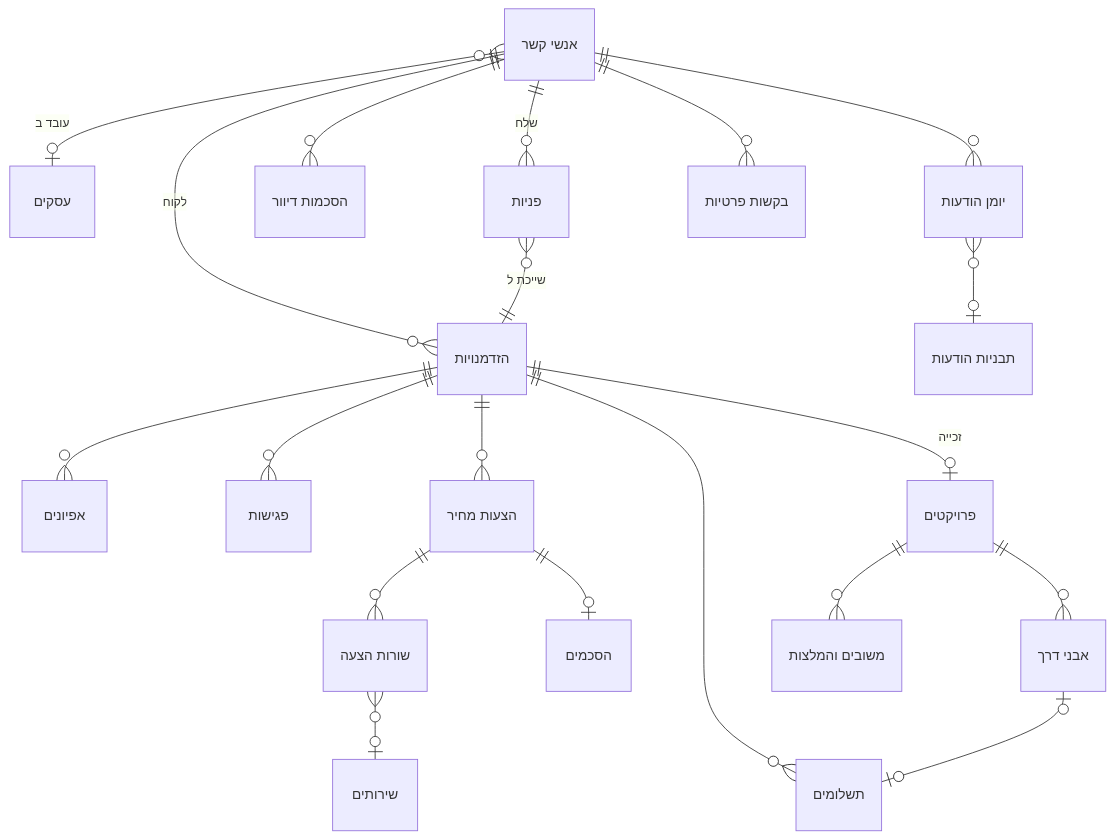
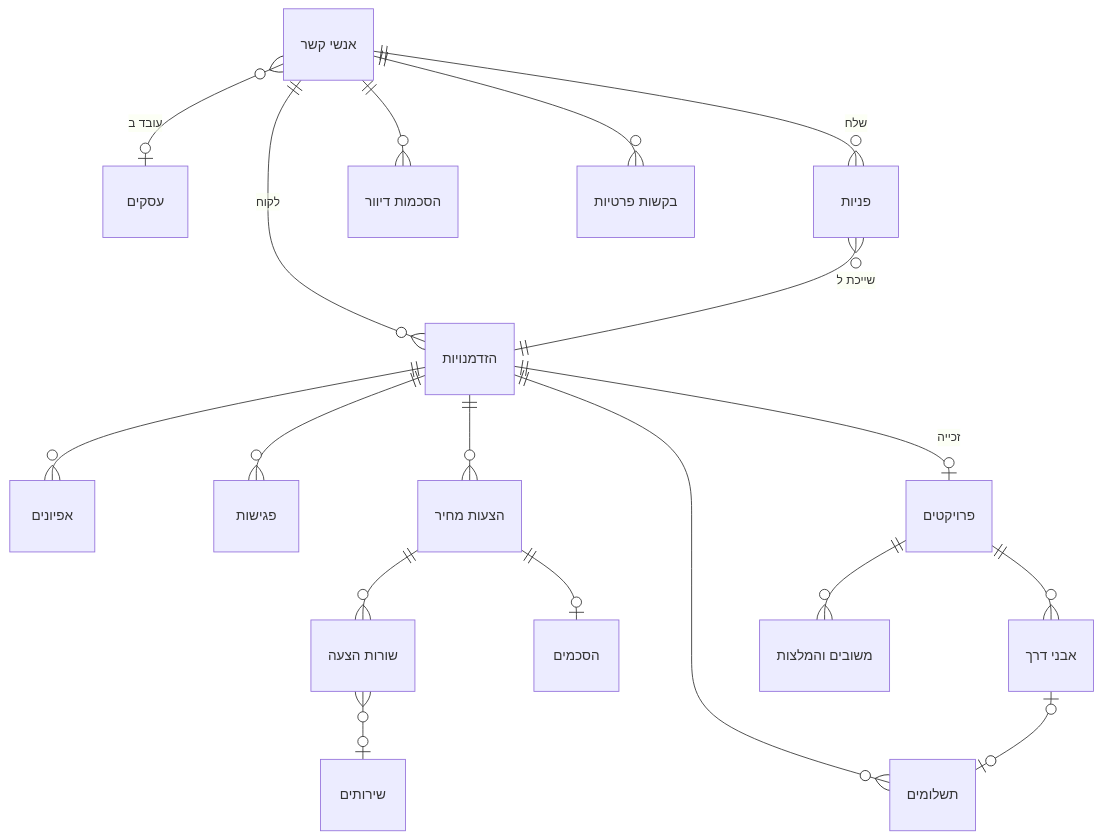
The second of 2 diagrams in docs/03-crm-plan.md (KfirKanizo/iDone-Website), drawn with Mermaid before and after one commit. The commit also changed other lines of this file, not shown here.

````diff
--- a/docs/03-crm-plan.md
+++ b/docs/03-crm-plan.md
@@ -224,22 +249,20 @@
 ```mermaid
 erDiagram
     "אנשי קשר" }o--o| "עסקים" : "עובד ב"
     "אנשי קשר" ||--o{ "פניות" : "שלח"
     "אנשי קשר" ||--o{ "הזדמנויות" : "לקוח"
     "פניות" }o--|| "הזדמנויות" : "שייכת ל"
     "הזדמנויות" ||--o{ "אפיונים" : ""
     "הזדמנויות" ||--o{ "פגישות" : ""
     "הזדמנויות" ||--o{ "הצעות מחיר" : ""
     "הצעות מחיר" ||--o{ "שורות הצעה" : ""
     "שורות הצעה" }o--o| "שירותים" : ""
     "הצעות מחיר" ||--o| "הסכמים" : ""
     "הזדמנויות" ||--o| "פרויקטים" : "זכייה"
     "פרויקטים" ||--o{ "אבני דרך" : ""
     "הזדמנויות" ||--o{ "תשלומים" : ""
     "אבני דרך" |o--o| "תשלומים" : ""
     "פרויקטים" ||--o{ "משובים והמלצות" : ""
     "אנשי קשר" ||--o{ "הסכמות דיוור" : ""
-    "אנשי קשר" ||--o{ "יומן הודעות" : ""
-    "יומן הודעות" }o--o| "תבניות הודעות" : ""
     "אנשי קשר" ||--o{ "בקשות פרטיות" : ""
 ```
````
